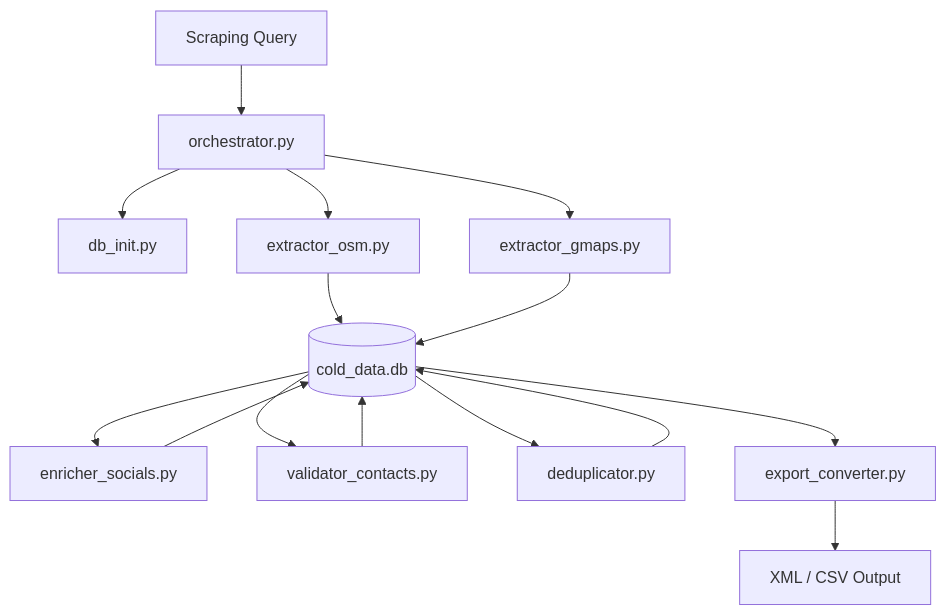
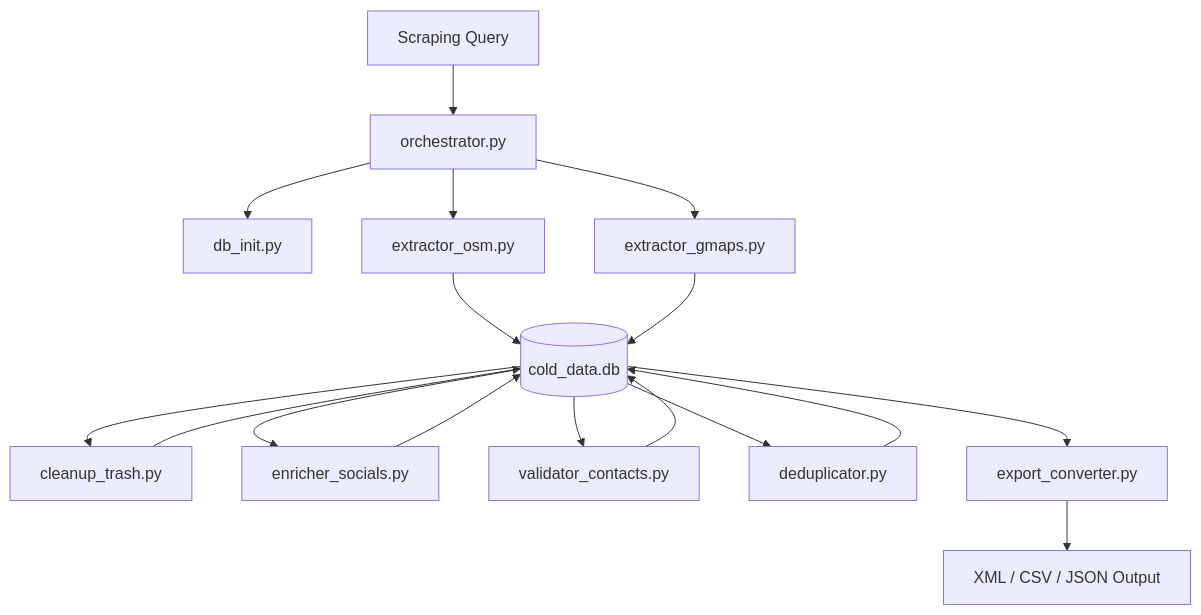
One commit to 1999AZZAR/Cold_Data_Scrapper changed the diagram in README.md. Above: the diagram before and after it, drawn with Mermaid. The commit also changed other lines of this file and 2 other files, not shown here.

````diff
--- a/README.md
+++ b/README.md
@@ -11,17 +11,19 @@
 ```mermaid
 graph TD
     A[Scraping Query] --> B[orchestrator.py]
     B --> C[db_init.py]
     B --> D[extractor_osm.py]
     B --> E[extractor_gmaps.py]
     D --> F[(cold_data.db)]
     E --> F
-    F --> G[enricher_socials.py]
+    F --> G[cleanup_trash.py]
     G --> F
-    F --> H[validator_contacts.py]
+    F --> H[enricher_socials.py]
     H --> F
-    F --> I[deduplicator.py]
+    F --> I[validator_contacts.py]
     I --> F
-    F --> J[export_converter.py]
-    J --> K[XML / CSV Output]
+    F --> J[deduplicator.py]
+    J --> F
+    F --> K[export_converter.py]
+    K --> L[XML / CSV / JSON Output]
 ```
````
